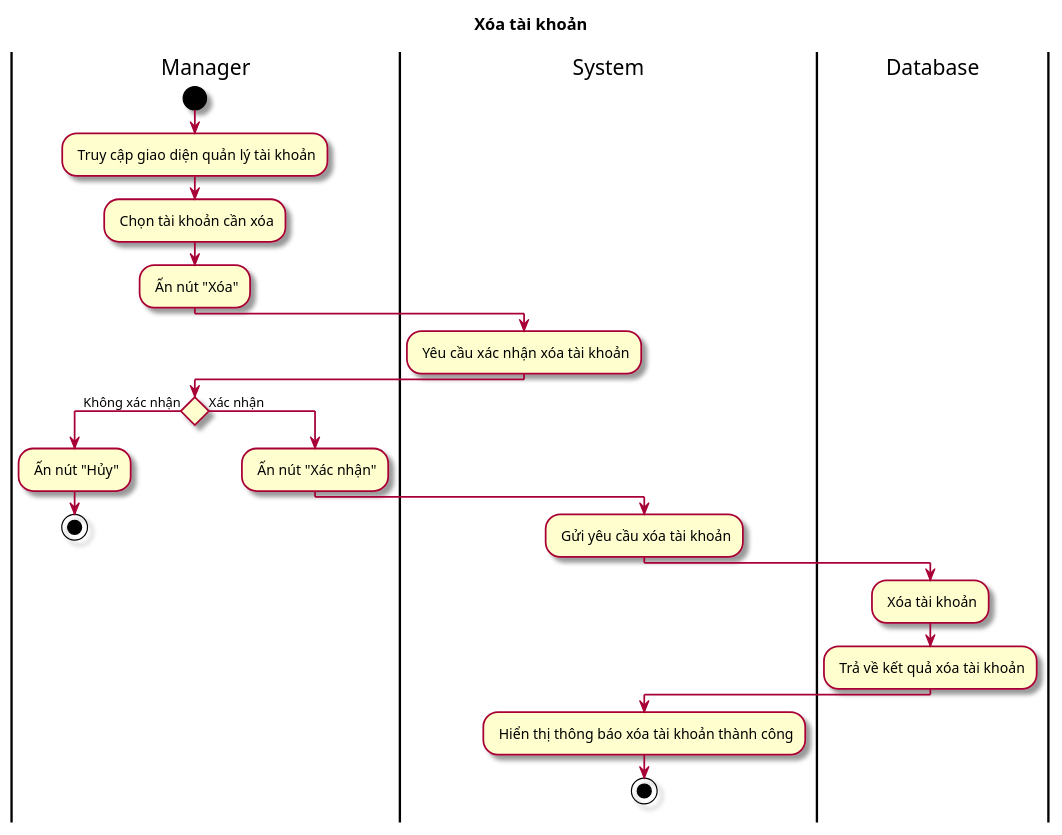
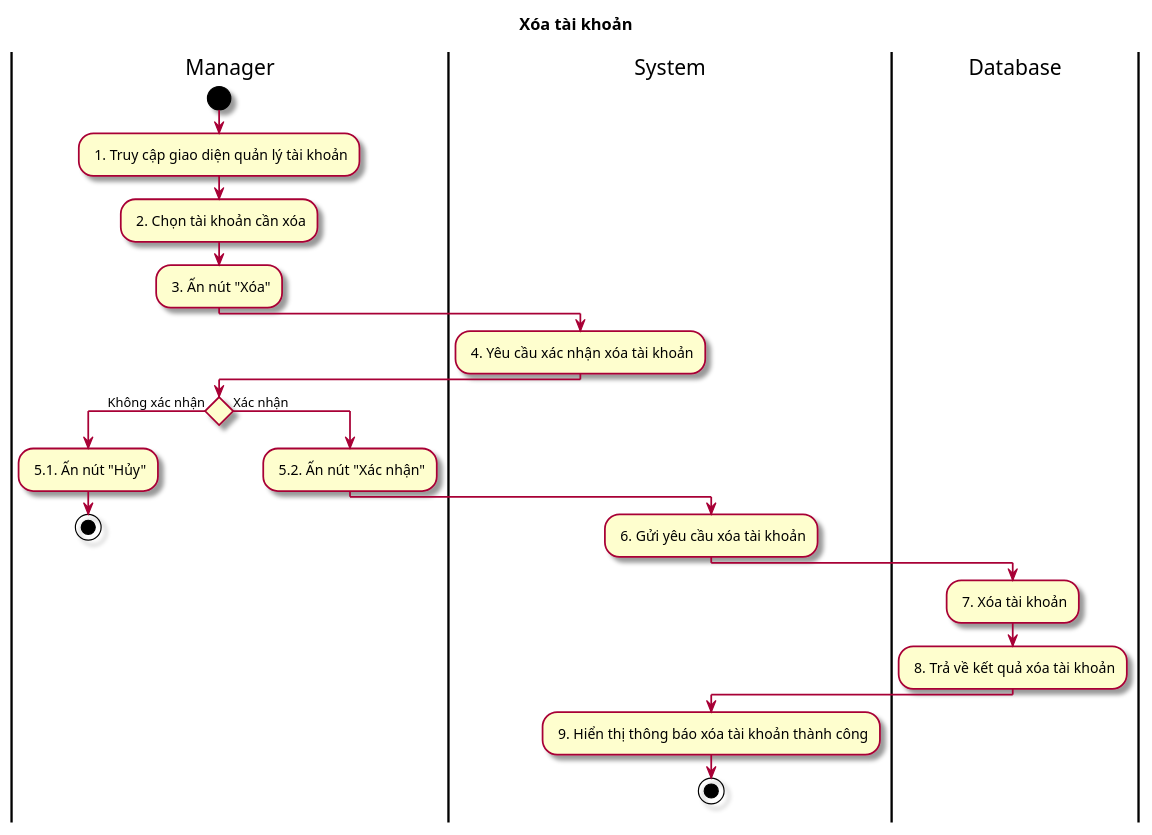
One commit to Griselda4774/EAS-EmploymentAssistanceSystem changed the diagram in Lab1/Lab 1.2 Diagram/Activity/FileUML/17.4. ActXoaTaiKhoan.puml. Above: the diagram before and after it, drawn with PlantUML. The commit also changed 44 other files, not shown here.

Commit message:
update act diagram

```diff
--- a/Lab1/Lab 1.2 Diagram/Activity/FileUML/17.4. ActXoaTaiKhoan.puml
+++ b/Lab1/Lab 1.2 Diagram/Activity/FileUML/17.4. ActXoaTaiKhoan.puml
@@ -1,28 +1,28 @@
 @startuml ActXoaTaiKhoan
 
 skin rose
 title Xóa tài khoản
 
 |Manager|
 start
-: Truy cập giao diện quản lý tài khoản;
-: Chọn tài khoản cần xóa;
-: Ấn nút "Xóa";
+: 1. Truy cập giao diện quản lý tài khoản;
+: 2. Chọn tài khoản cần xóa;
+: 3. Ấn nút "Xóa";
 |System|
-: Yêu cầu xác nhận xóa tài khoản;
+: 4. Yêu cầu xác nhận xóa tài khoản;
 |Manager|
 if () then (Không xác nhận)
-: Ấn nút "Hủy";
+: 5.1. Ấn nút "Hủy";
 stop
 else (Xác nhận)
-: Ấn nút "Xác nhận";
+: 5.2. Ấn nút "Xác nhận";
 |System|
-: Gửi yêu cầu xóa tài khoản;
+: 6. Gửi yêu cầu xóa tài khoản;
 |Database|
-: Xóa tài khoản;
-: Trả về kết quả xóa tài khoản;
+: 7. Xóa tài khoản;
+: 8. Trả về kết quả xóa tài khoản;
 |System|
-: Hiển thị thông báo xóa tài khoản thành công;
+: 9. Hiển thị thông báo xóa tài khoản thành công;
 stop
 
 @enduml
```
